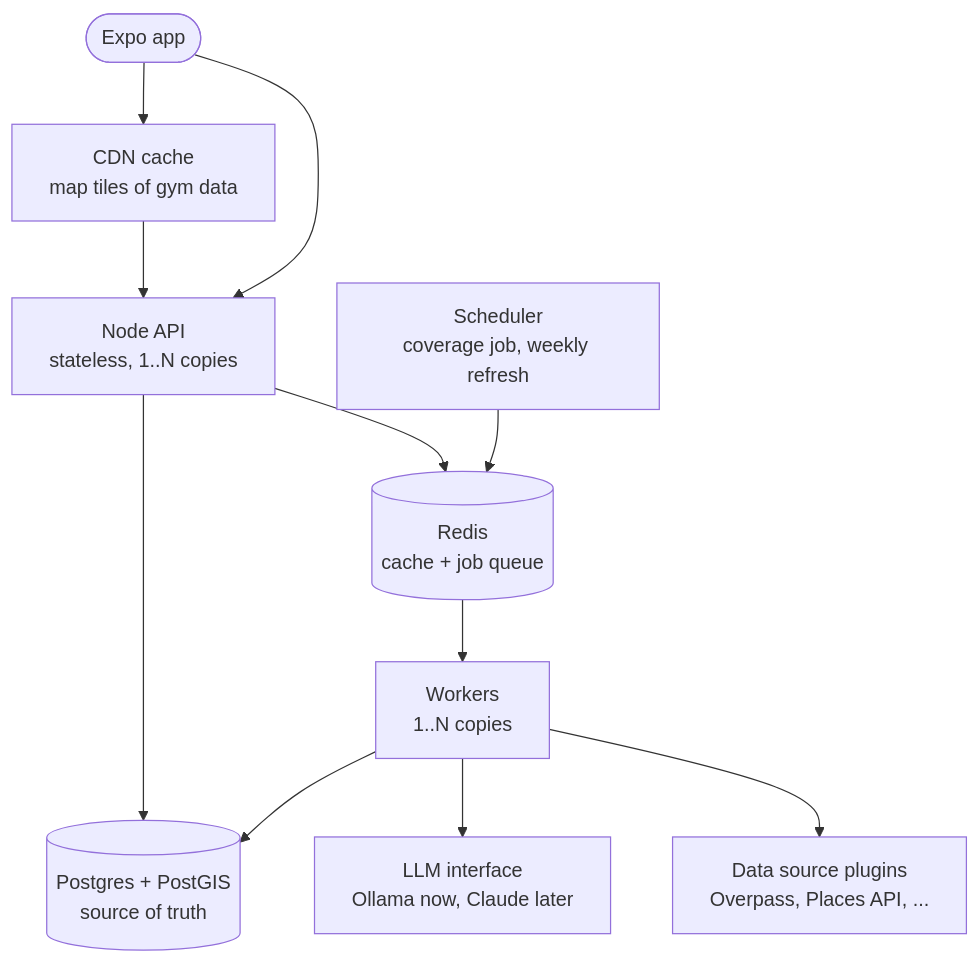
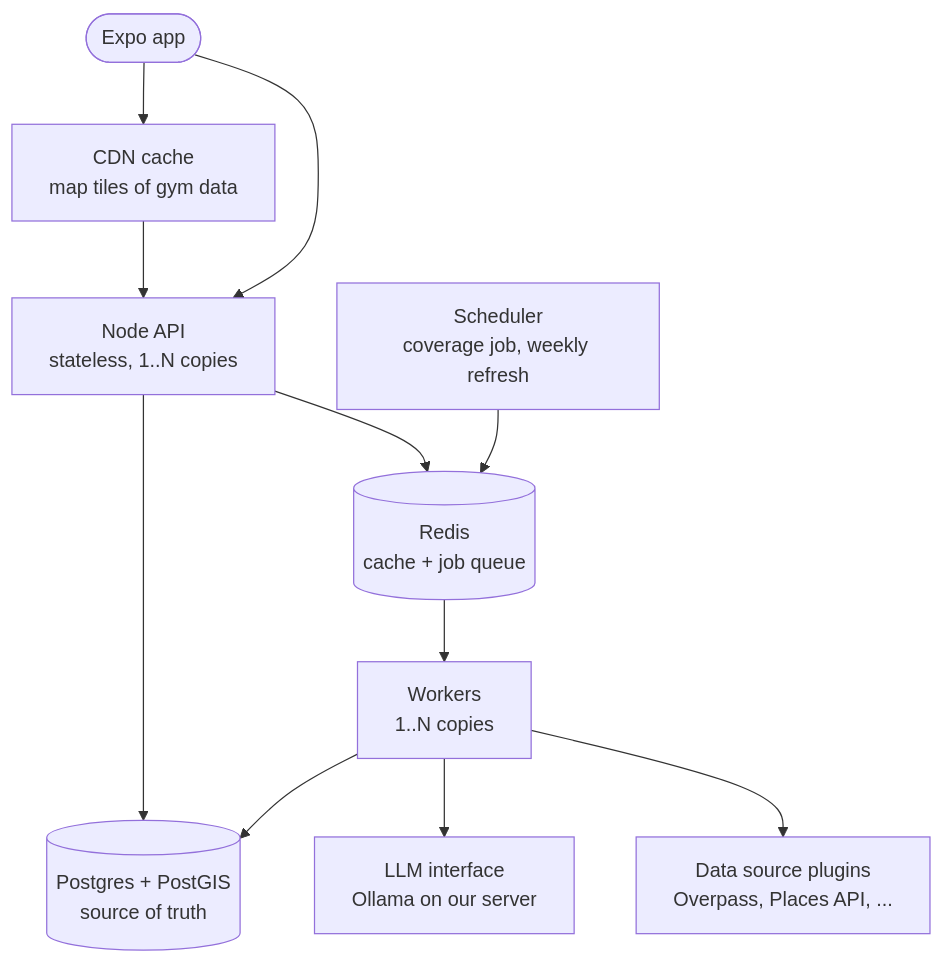
The third of 16 diagrams in DESIGN_DISCUSSION.md (AbsentLung/TravelApp), drawn with Mermaid before and after one commit. The commit also changed other lines of this file, not shown here.

````diff
--- a/DESIGN_DISCUSSION.md
+++ b/DESIGN_DISCUSSION.md
@@ -77,13 +77,13 @@
 ```mermaid
 flowchart TB
     App([Expo app]) --> CDN[CDN cache<br/>map tiles of gym data]
     CDN --> API
     App --> API[Node API<br/>stateless, 1..N copies]
     API --> RC[(Redis<br/>cache + job queue)]
     API --> PG[(Postgres + PostGIS<br/>source of truth)]
     RC --> W[Workers<br/>1..N copies]
     W --> PG
-    W --> LLM[LLM interface<br/>Ollama now, Claude later]
+    W --> LLM[LLM interface<br/>Ollama on our server]
     W --> SRCS[Data source plugins<br/>Overpass, Places API, ...]
     SCH[Scheduler<br/>coverage job, weekly refresh] --> RC
 ```
````
